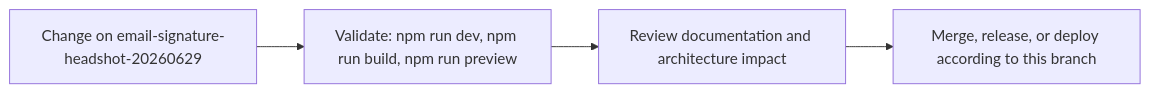
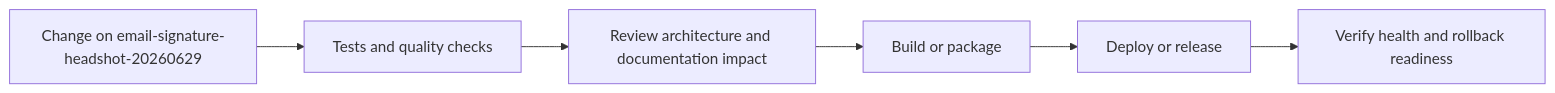
One commit to Nischhalsubba/nischhalsubba.com.np changed the fourth of 5 diagrams in README.md. Above: the diagram before and after it, drawn with Mermaid. The commit also changed other lines of this file, not shown here.

````diff
--- a/README.md
+++ b/README.md
@@ -83,8 +161,8 @@
 ```mermaid
 flowchart LR
-    CHANGE["Change on email-signature-headshot-20260629"]
-    CHECK["Validate: npm run dev, npm run build, npm run preview"]
-    REVIEW["Review documentation and architecture impact"]
-    RELEASE["Merge, release, or deploy according to this branch"]
-    CHANGE --> CHECK --> REVIEW --> RELEASE
+    CHANGE["Change on email-signature-headshot-20260629"] --> CHECK["Tests and quality checks"]
+    CHECK --> REVIEW["Review architecture and documentation impact"]
+    REVIEW --> BUILD["Build or package"]
+    BUILD --> DEPLOY["Deploy or release"]
+    DEPLOY --> VERIFY["Verify health and rollback readiness"]
 ```
````
